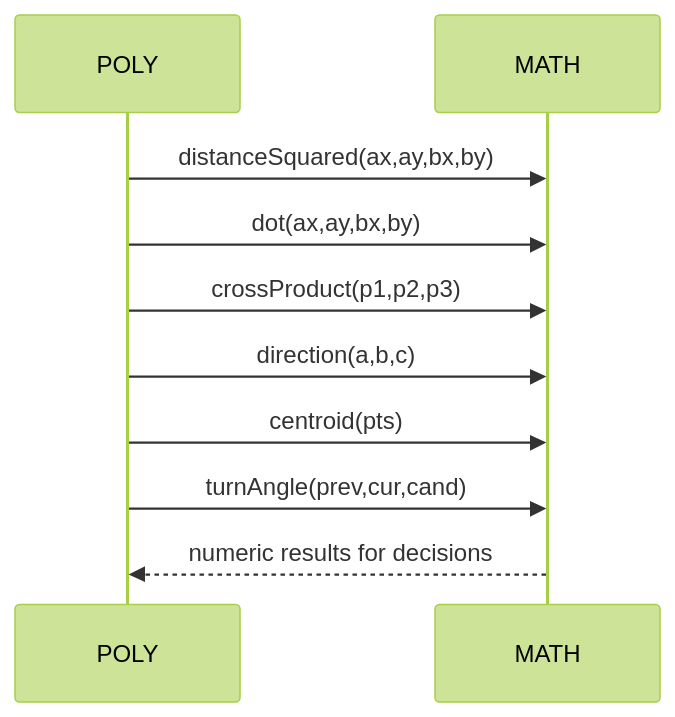
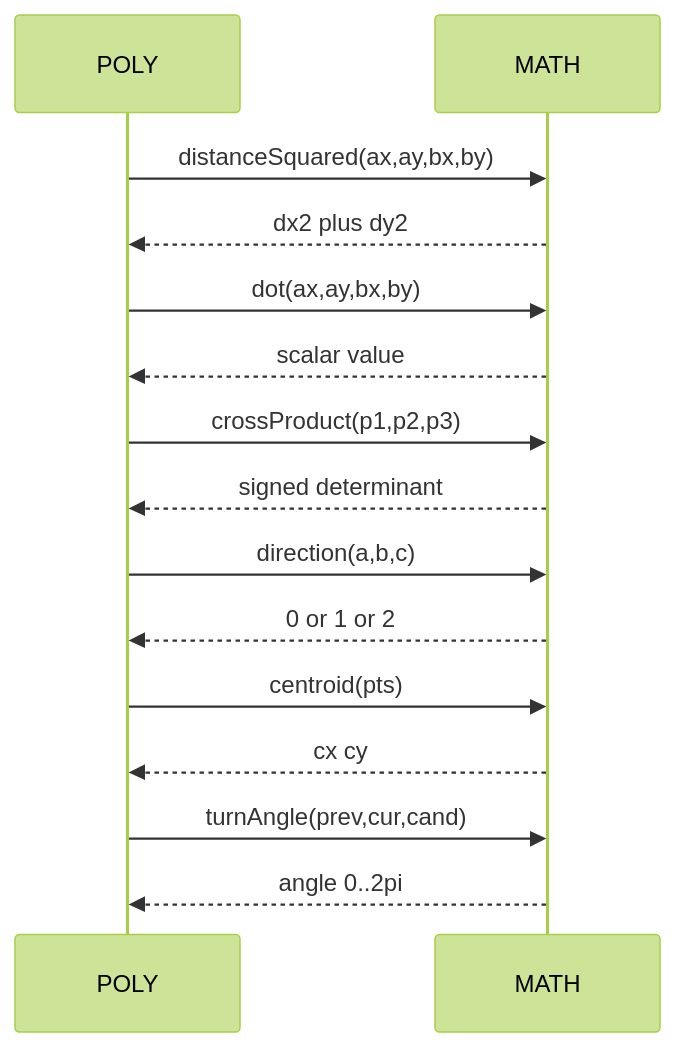
One commit to Gh0st352/AETHR changed the second of 5 diagrams in docs/math/README.md. Above: the diagram before and after it, drawn with Mermaid (forest theme). The commit also changed other lines of this file and 7 other files, not shown here.

````diff
--- a/docs/math/README.md
+++ b/docs/math/README.md
@@ -43,12 +50,17 @@
 ```mermaid
 sequenceDiagram
   participant P as POLY
   participant M as MATH
   P->>M: distanceSquared(ax,ay,bx,by)
+  M-->>P: dx2 plus dy2
   P->>M: dot(ax,ay,bx,by)
+  M-->>P: scalar value
   P->>M: crossProduct(p1,p2,p3)
+  M-->>P: signed determinant
   P->>M: direction(a,b,c)
+  M-->>P: 0 or 1 or 2
   P->>M: centroid(pts)
+  M-->>P: cx cy
   P->>M: turnAngle(prev,cur,cand)
-  M-->>P: numeric results for decisions
+  M-->>P: angle 0..2pi
 ```
````
